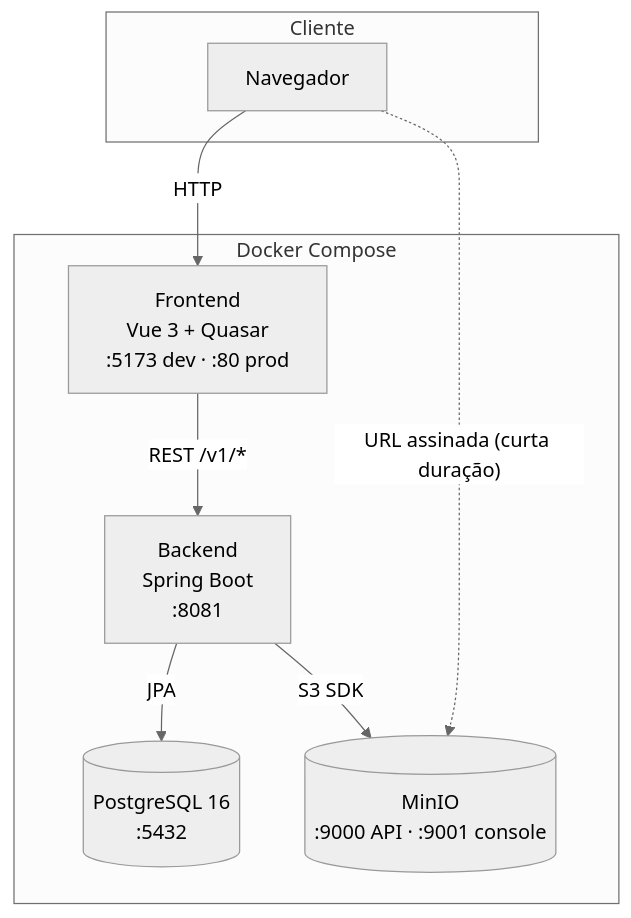
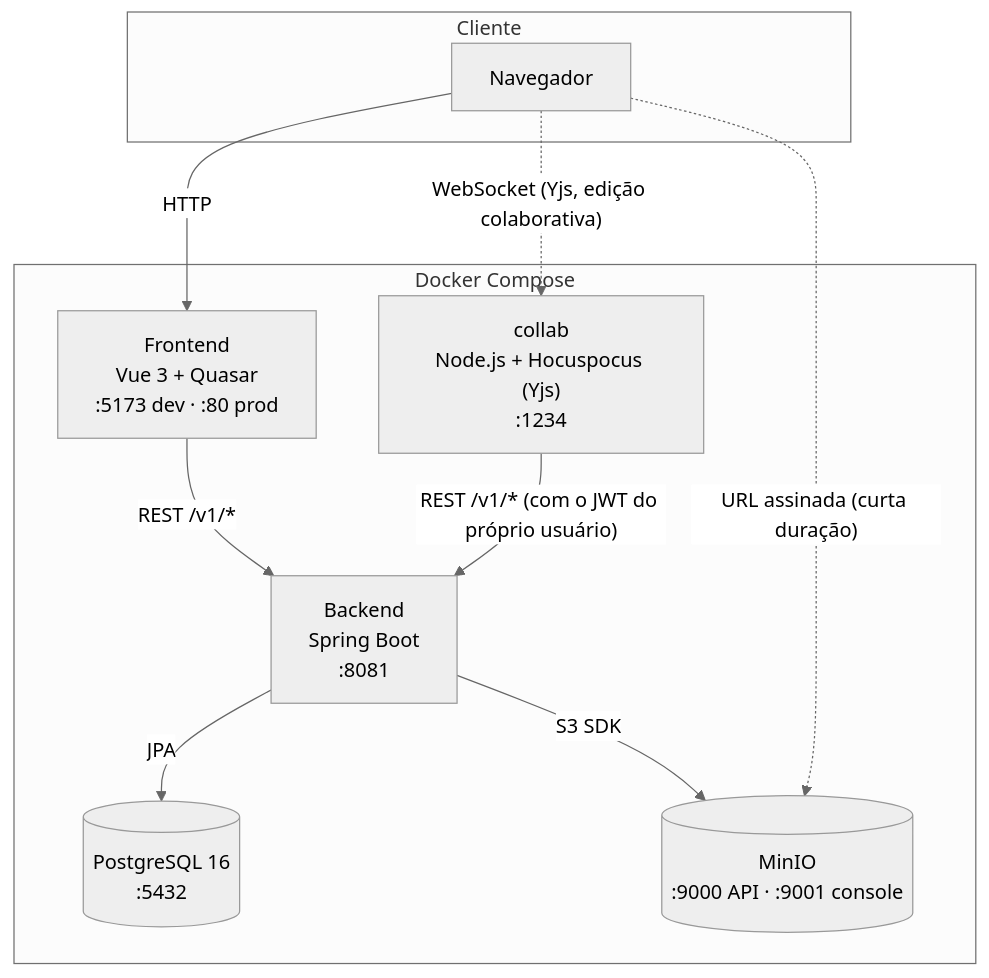
Before and after one commit to danielchipolesch/fab-legis: the diagram in docs/arquitetura.md, drawn with Mermaid (neutral theme). The commit also changed other lines of this file and 4 other files, not shown here.

First line of the commit message:
docs: documenta colaboracao em tempo real e remove item do roadmap

````diff
--- a/docs/arquitetura.md
+++ b/docs/arquitetura.md
@@ -5,19 +5,22 @@
 ```mermaid
 graph TB
     subgraph Cliente
         B[Navegador]
     end
 
     subgraph "Docker Compose"
         F["Frontend<br/>Vue 3 + Quasar<br/>:5173 dev · :80 prod"]
         A["Backend<br/>Spring Boot<br/>:8081"]
+        C["collab<br/>Node.js + Hocuspocus (Yjs)<br/>:1234"]
         P[("PostgreSQL 16<br/>:5432")]
         M[("MinIO<br/>:9000 API · :9001 console")]
     end
 
     B -->|HTTP| F
     F -->|"REST /v1/*"| A
     A -->|JPA| P
     A -->|"S3 SDK"| M
     B -.->|"URL assinada (curta duração)"| M
+    B -.->|"WebSocket (Yjs, edição colaborativa)"| C
+    C -->|"REST /v1/* (com o JWT do próprio usuário)"| A
 ```
````
